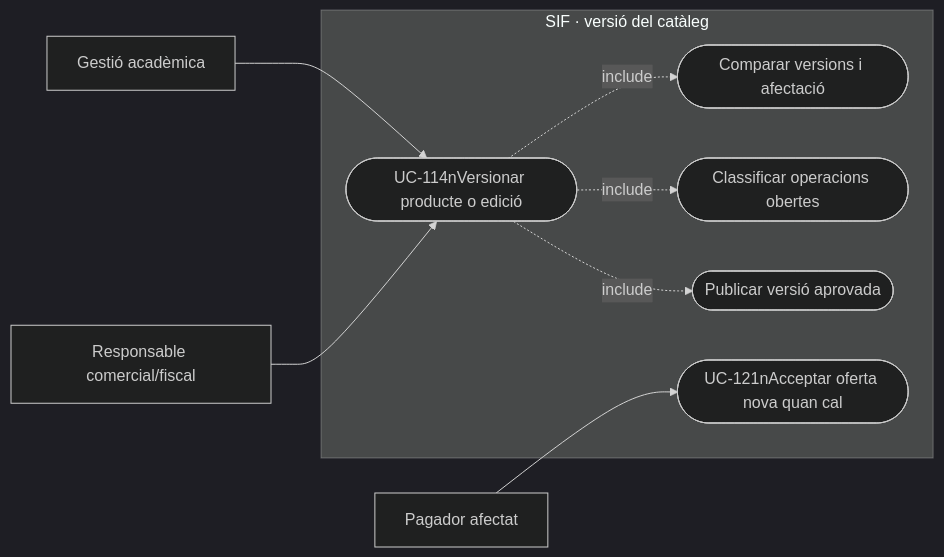
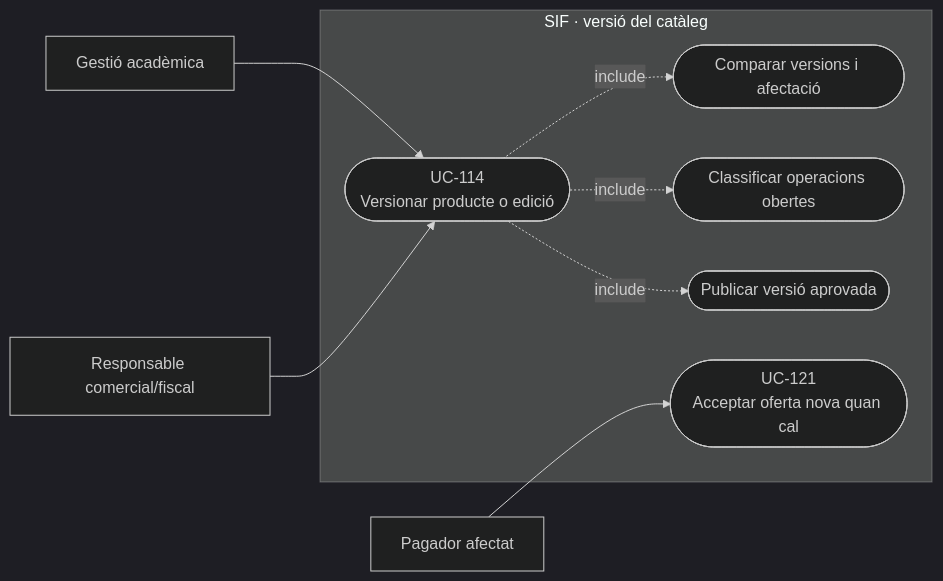
Before and after one commit to orgmeriemprismacat-del/verifactu: the second of 16 diagrams in documentacio/07-uml-integrat/uc-114-versionar-producte-edicio.md, drawn with Mermaid (dark theme).

Commit message:
docs(uml): corregir salts Mermaid UC-114

````diff
--- a/documentacio/07-uml-integrat/uc-114-versionar-producte-edicio.md
+++ b/documentacio/07-uml-integrat/uc-114-versionar-producte-edicio.md
@@ -83,19 +83,19 @@
 ```mermaid
 flowchart LR
   a_0["Gestió acadèmica"]
   a_1["Responsable comercial/fiscal"]
   a_2["Pagador afectat"]
   subgraph SIF_BOUNDARY["SIF · versió del catàleg"]
-    u_0(["UC-114nVersionar producte o edició"])
+    u_0(["UC-114<br/>Versionar producte o edició"])
     u_1(["Comparar versions i afectació"])
     u_2(["Classificar operacions obertes"])
     u_3(["Publicar versió aprovada"])
-    u_4(["UC-121nAcceptar oferta nova quan cal"])
+    u_4(["UC-121<br/>Acceptar oferta nova quan cal"])
   end
   a_0 --> u_0
   a_1 --> u_0
   u_0 -.->|include| u_1
   u_0 -.->|include| u_2
   u_0 -.->|include| u_3
   a_2 --> u_4
 ```
````
